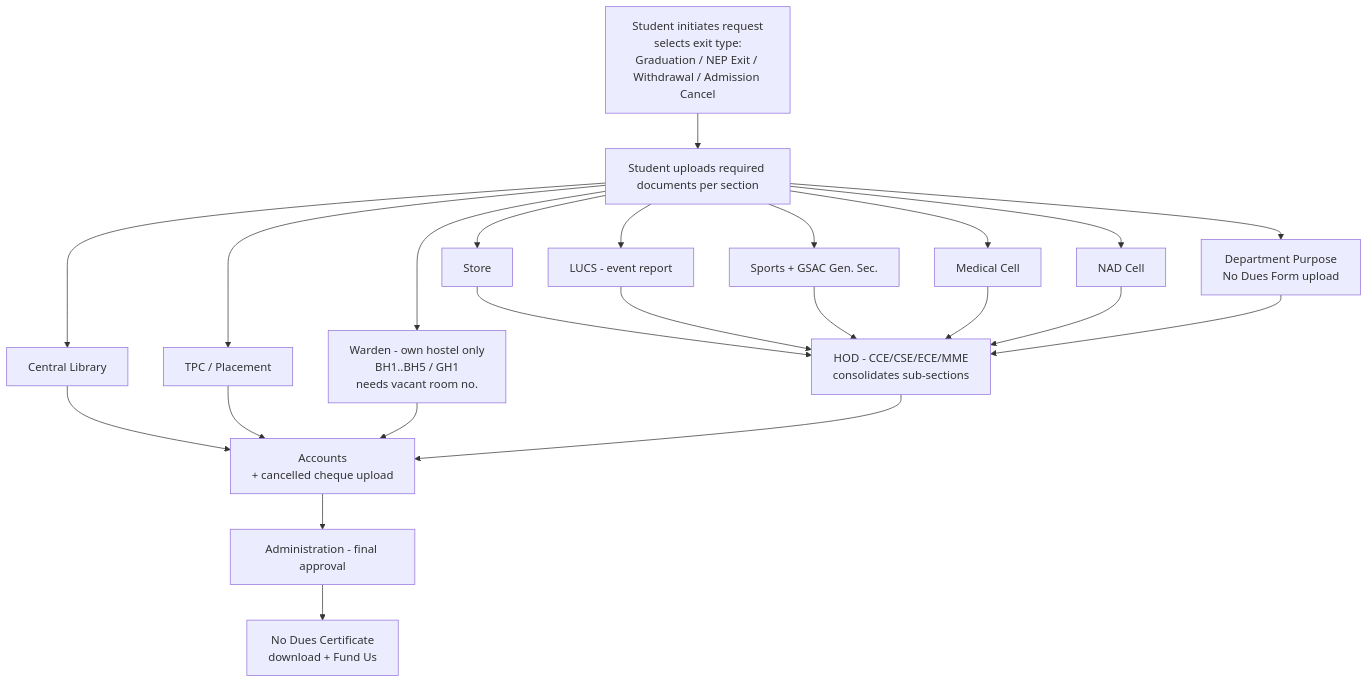
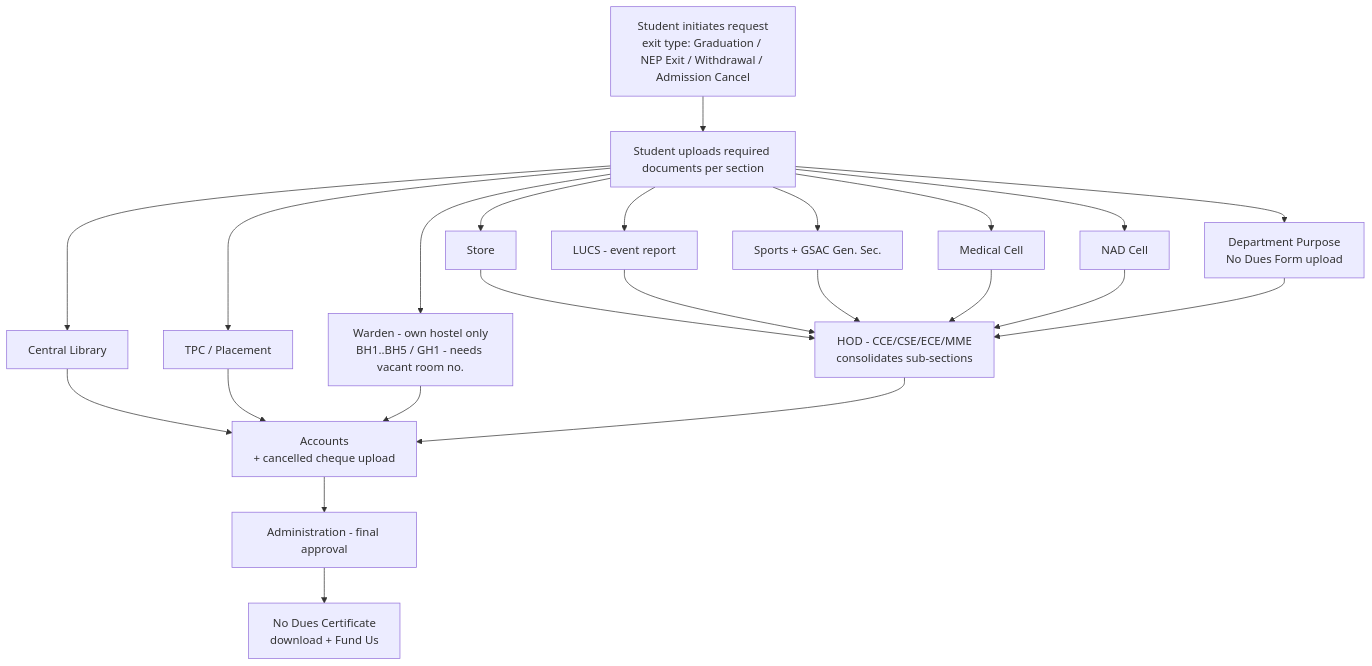
The diagram in LNMIIT_No_Dues_Portal_Research_Document.md (manashatwar/LNMIIT-NO-DUES-PORTAL), drawn with Mermaid before and after one commit. The commit also changed other lines of this file, not shown here.

````diff
--- a/LNMIIT_No_Dues_Portal_Research_Document.md
+++ b/LNMIIT_No_Dues_Portal_Research_Document.md
@@ -191,30 +90,30 @@
 ```mermaid
 flowchart TD
-    A[Student initiates request<br/>selects exit type:<br/>Graduation / NEP Exit / Withdrawal / Admission Cancel] --> B[Student uploads required documents per section]
+    A[Student initiates request<br/>exit type: Graduation / NEP Exit / Withdrawal / Admission Cancel] --> B[Student uploads required documents per section]
 
     B --> LIB[Central Library]
     B --> TPC[TPC / Placement]
-    B --> WAR[Warden - own hostel only<br/>BH1..BH5 / GH1<br/>needs vacant room no.]
+    B --> WAR[Warden - own hostel only<br/>BH1..BH5 / GH1 - needs vacant room no.]
 
     B --> STO[Store]
     B --> LUCS[LUCS - event report]
     B --> SPO[Sports + GSAC Gen. Sec.]
     B --> MED[Medical Cell]
     B --> NAD[NAD Cell]
     B --> DEP[Department Purpose<br/>No Dues Form upload]
 
     STO --> HOD[HOD - CCE/CSE/ECE/MME<br/>consolidates sub-sections]
     LUCS --> HOD
     SPO --> HOD
     MED --> HOD
     NAD --> HOD
     DEP --> HOD
 
     LIB --> ACC[Accounts<br/>+ cancelled cheque upload]
     TPC --> ACC
     WAR --> ACC
     HOD --> ACC
 
     ACC --> ADM[Administration - final approval]
     ADM --> CERT[No Dues Certificate<br/>download + Fund Us]
 ```
````
